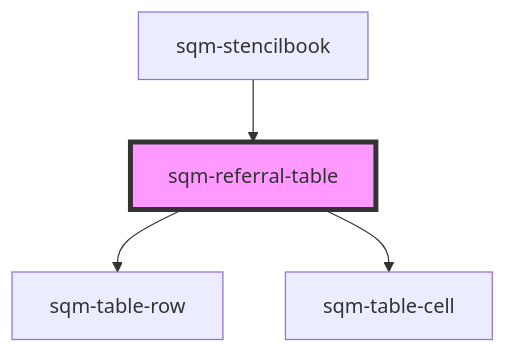
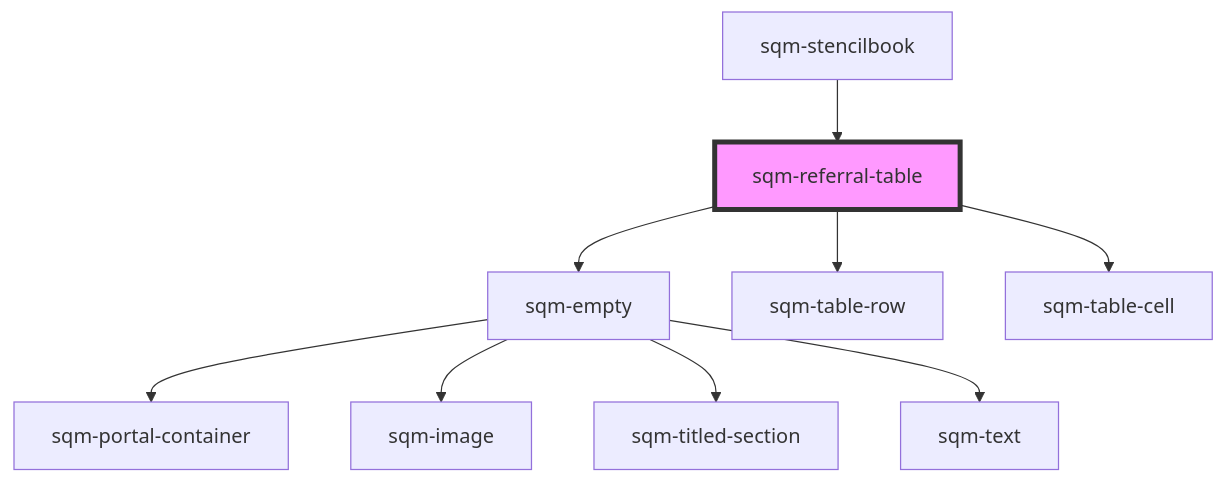
Before and after one commit to saasquatch/program-tools: the diagram in packages/mint-components/src/components/sqm-referral-table/readme.md, drawn with Mermaid. The commit also changed other lines of this file and 14 other files, not shown here.

````diff
--- a/packages/mint-components/src/components/sqm-referral-table/readme.md
+++ b/packages/mint-components/src/components/sqm-referral-table/readme.md
@@ -36,7 +37,12 @@
 ```mermaid
 graph TD;
+  sqm-referral-table --> sqm-empty
   sqm-referral-table --> sqm-table-row
   sqm-referral-table --> sqm-table-cell
+  sqm-empty --> sqm-portal-container
+  sqm-empty --> sqm-image
+  sqm-empty --> sqm-titled-section
+  sqm-empty --> sqm-text
   sqm-stencilbook --> sqm-referral-table
   style sqm-referral-table fill:#f9f,stroke:#333,stroke-width:4px
 ```
````
